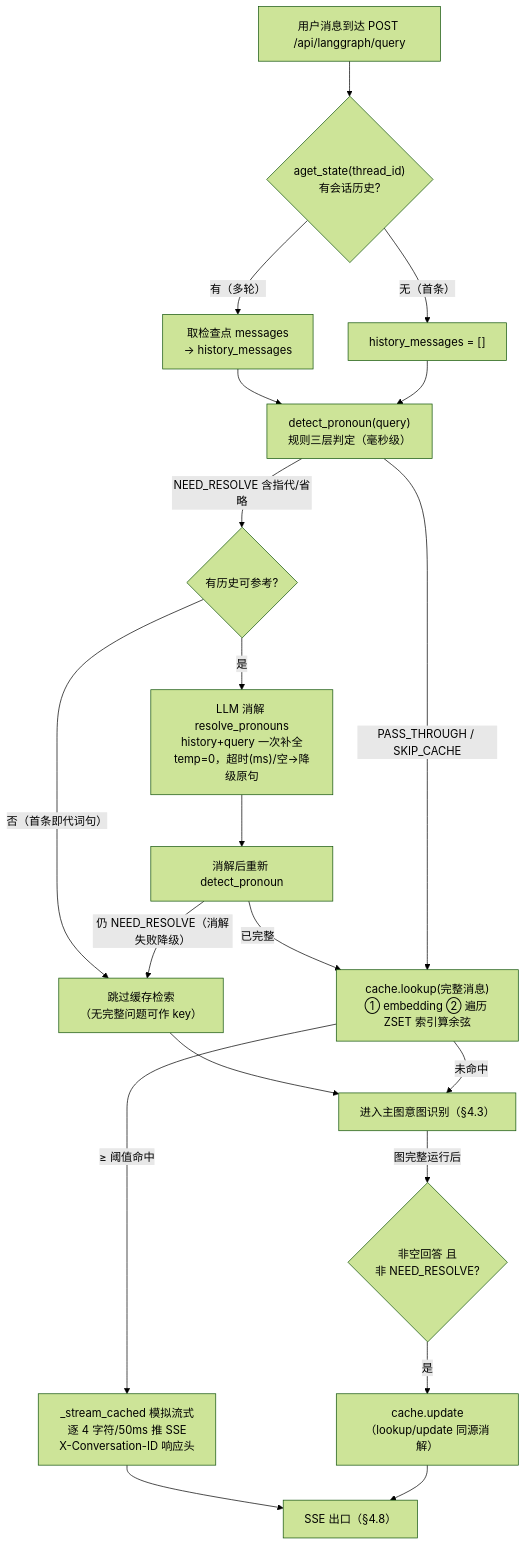
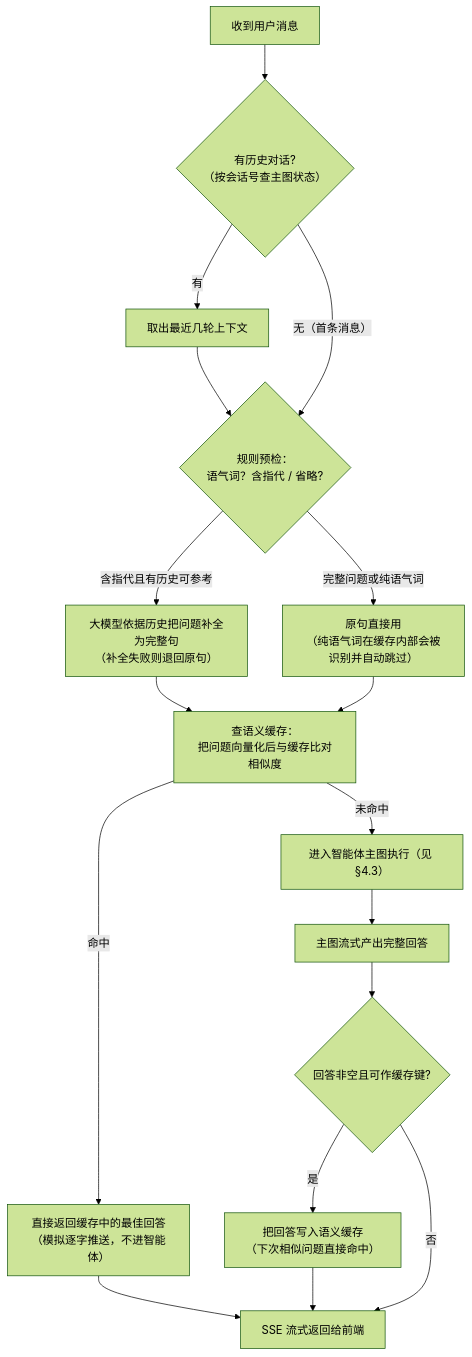
One commit to blowt16/SmartCS-Agent changed the fifth of 35 diagrams in docs/PROJECT_ANALYSIS.md. Above: the diagram before and after it, drawn with Mermaid (forest theme). The commit also changed other lines of this file, not shown here.

Commit message:
[docs] PROJECT_ANALYSIS §4 流程图优化：全图节点加中文注释、主干化精简流程（22 张图重排 + 补 TimeoutGuard 运行图），保留关键代码实体括注，提升可读性

````diff
--- a/docs/PROJECT_ANALYSIS.md
+++ b/docs/PROJECT_ANALYSIS.md
@@ -350,22 +317,19 @@
 ```mermaid
 flowchart TD
-    Q["用户消息到达 POST /api/langgraph/query"] --> TH{"aget_state(thread_id)<br/>有会话历史?"}
-    TH -->|"有（多轮）"| HIST["取检查点 messages<br/>→ history_messages"]
-    TH -->|"无（首条）"| HISTN["history_messages = []"]
-    HIST --> DET["detect_pronoun(query)<br/>规则三层判定（毫秒级）"]
-    HISTN --> DET
-    DET -->|"NEED_RESOLVE 含指代/省略"| NEED{"有历史可参考?"}
-    NEED -->|"是"| RES["LLM 消解 resolve_pronouns<br/>history+query 一次补全<br/>temp=0，超时(ms)/空→降级原句"]
-    NEED -->|"否（首条即代词句）"| SKIP["跳过缓存检索<br/>（无完整问题可作 key）"]
-    RES --> RECHECK["消解后重新 detect_pronoun"]
-    RECHECK -->|"仍 NEED_RESOLVE（消解失败降级）"| SKIP
-    RECHECK -->|"已完整"| LOOK
-    DET -->|"PASS_THROUGH / SKIP_CACHE"| LOOK
-    SKIP --> GRAPH["进入主图意图识别（§4.3）"]
-    LOOK["cache.lookup(完整消息)<br/>① embedding ② 遍历 ZSET 索引算余弦"] -->|"≥ 阈值命中"| HIT["_stream_cached 模拟流式<br/>逐 4 字符/50ms 推 SSE<br/>X-Conversation-ID 响应头"]
-    LOOK -->|"未命中"| GRAPH
-    GRAPH -->|"图完整运行后"| WB{"非空回答 且<br/>非 NEED_RESOLVE?"}
-    WB -->|"是"| UP["cache.update（lookup/update 同源消解）"]
-    HIT --> SSE["SSE 出口（§4.8）"]
-    UP --> SSE
+    A["收到用户消息"] --> B{"有历史对话?<br/>（按会话号查主图状态）"}
+    B -->|"有"| C1["取出最近几轮上下文"]
+    B -->|"无（首条消息）"| C2
+    C1 --> C2{"规则预检：<br/>语气词？含指代 / 省略?"}
+    C2 -->|"含指代且有历史可参考"| D["大模型依据历史把问题补全为完整句<br/>（补全失败则退回原句）"]
+    C2 -->|"完整问题或纯语气词"| D2["原句直接用<br/>（纯语气词在缓存内部会被识别并自动跳过）"]
+    D --> E
+    D2 --> E["查语义缓存：<br/>把问题向量化后与缓存比对相似度"]
+    E -->|"命中"| HIT["直接返回缓存中的最佳回答<br/>（模拟逐字推送，不进智能体）"]
+    E -->|"未命中"| G["进入智能体主图执行（见 §4.3）"]
+    G --> G2["主图流式产出完整回答"]
+    G2 --> WB{"回答非空且可作缓存键?"}
+    WB -->|"是"| UP["把回答写入语义缓存<br/>（下次相似问题直接命中）"]
+    WB -->|"否"| OUT
+    HIT --> OUT["SSE 流式返回给前端"]
+    UP --> OUT
 ```
````
